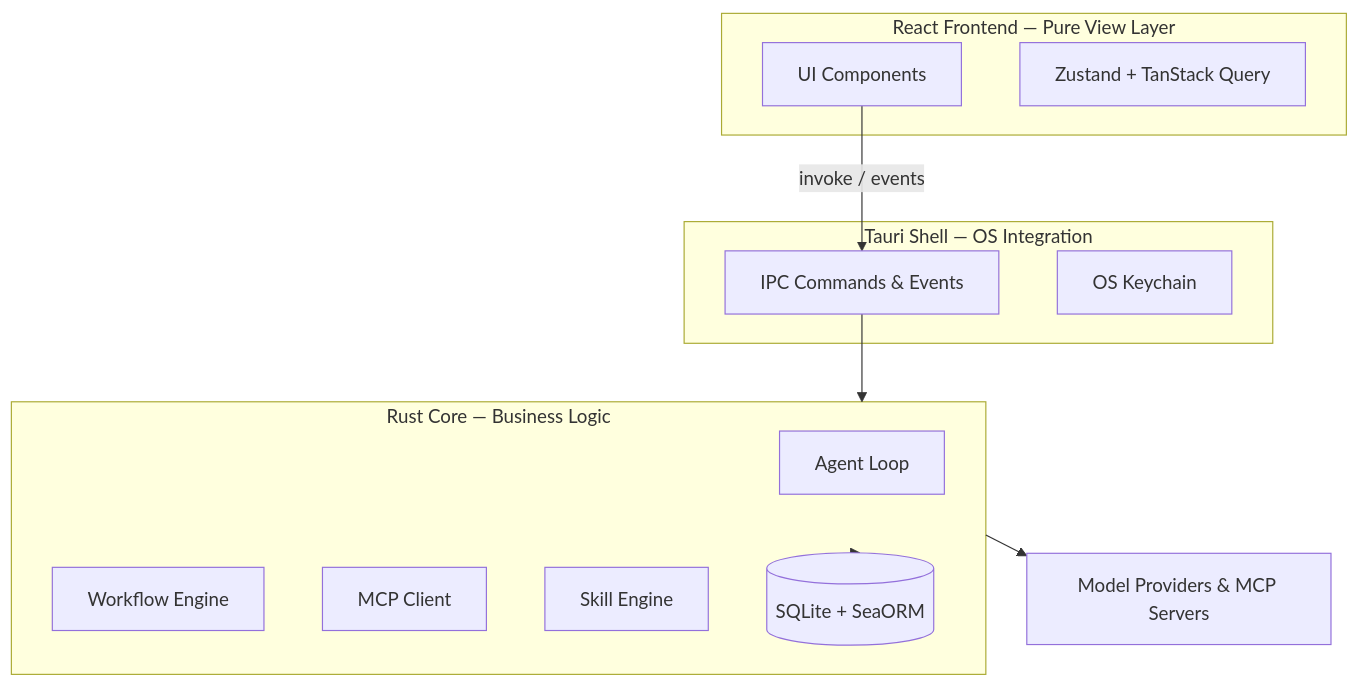
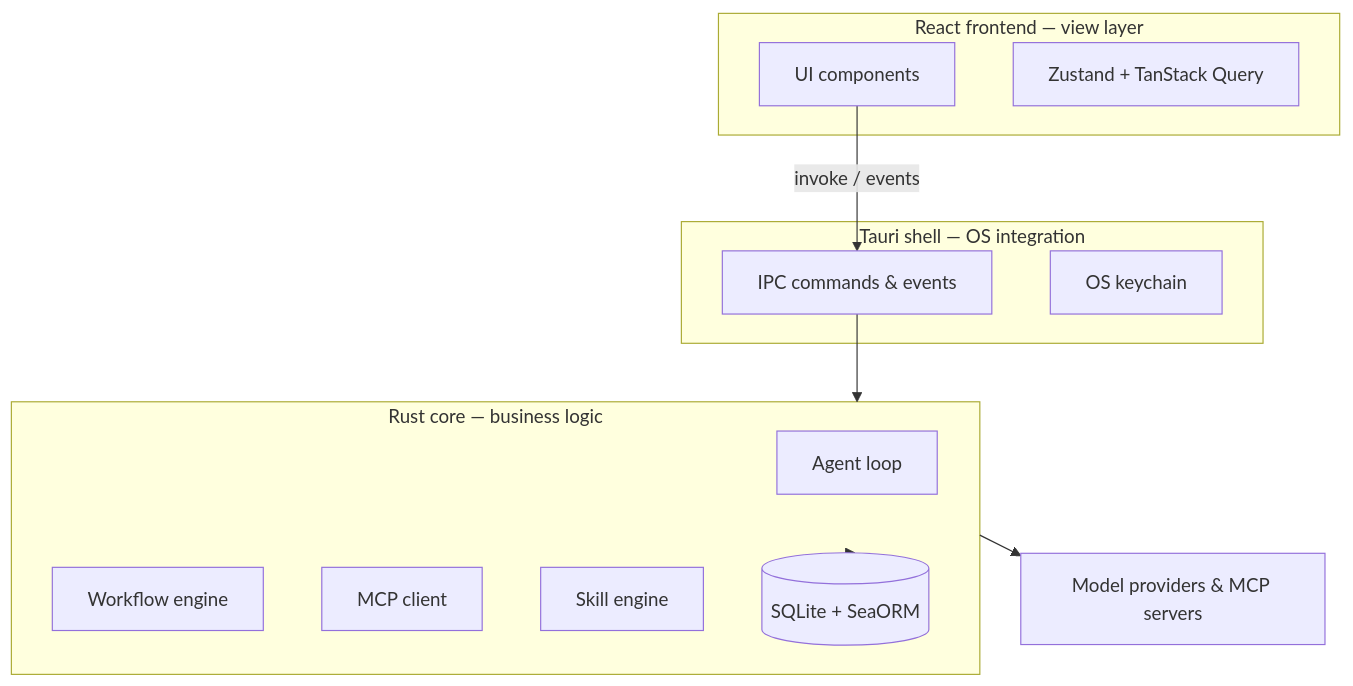
The diagram in README.md (elcoosp/skilldeck), drawn with Mermaid before and after one commit. The commit also changed other lines of this file, not shown here.

````diff
--- a/README.md
+++ b/README.md
@@ -51,25 +53,22 @@
 ```mermaid
 graph TB
-    subgraph Frontend["React Frontend — Pure View Layer"]
-        UI[UI Components]
+    subgraph Frontend["React frontend — view layer"]
+        UI[UI components]
         State[Zustand + TanStack Query]
     end
-
-    subgraph Shell["Tauri Shell — OS Integration"]
-        IPC[IPC Commands & Events]
-        Keychain[OS Keychain]
+    subgraph Shell["Tauri shell — OS integration"]
+        IPC[IPC commands & events]
+        Keychain[OS keychain]
     end
-
-    subgraph Core["Rust Core — Business Logic"]
-        Agent[Agent Loop]
-        Workflow[Workflow Engine]
-        MCP[MCP Client]
-        Skill[Skill Engine]
+    subgraph Core["Rust core — business logic"]
+        Agent[Agent loop]
+        Workflow[Workflow engine]
+        MCP[MCP client]
+        Skill[Skill engine]
         DB[(SQLite + SeaORM)]
     end
-
     UI -- invoke / events --> IPC
     IPC --> Core
     Core --> DB
-    Core --> External[Model Providers & MCP Servers]
+    Core --> External[Model providers & MCP servers]
 ```
````
